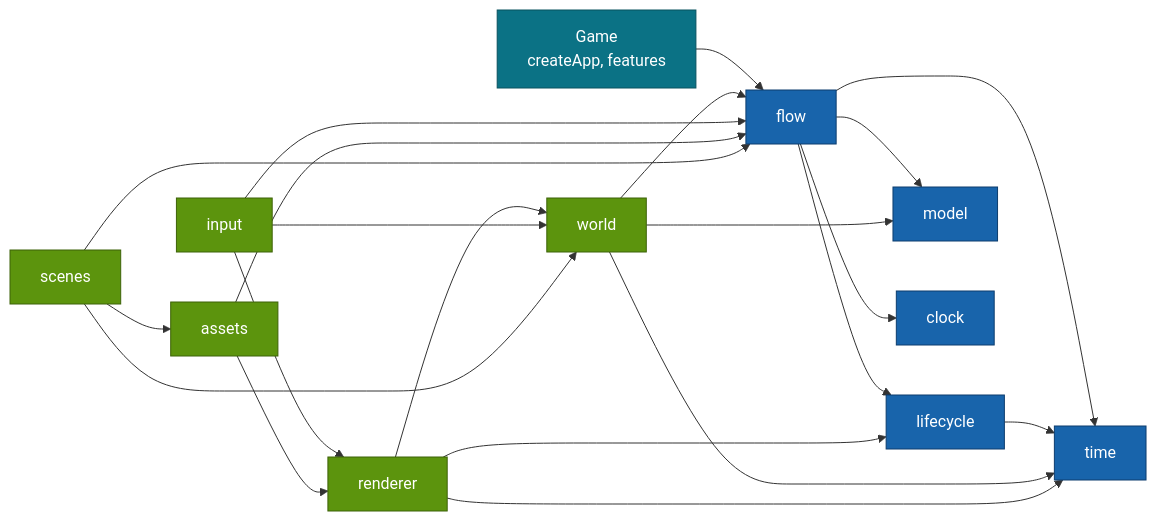
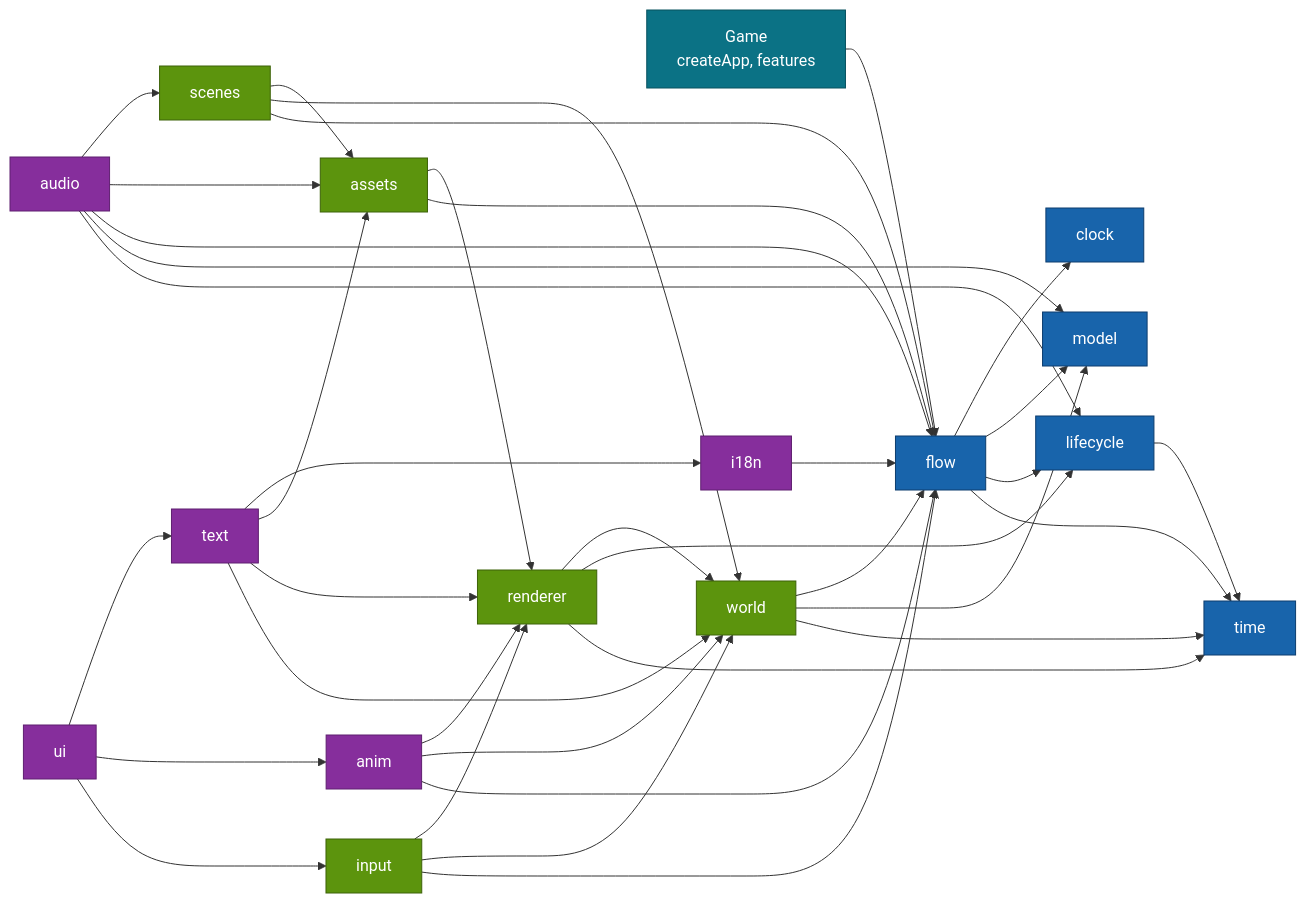
One commit to moku-labs/game changed the second of 2 diagrams in README.md. Above: the diagram before and after it, drawn with Mermaid. The commit also changed other lines of this file and 69 other files, not shown here.

````diff
--- a/README.md
+++ b/README.md
@@ -245,29 +250,47 @@
 ```mermaid
 flowchart LR
   G["Game<br/>createApp, features"] --> F["flow"]
   F --> T["time"]
   F --> L["lifecycle"]
   F --> M["model"]
   F --> C["clock"]
   L --> T
   W["world"] --> T
   W --> M
   W --> F
   R["renderer"] --> T
   R --> L
   R --> W
   I["input"] --> F
   I --> W
   I --> R
   A["assets"] --> F
   A --> R
   S["scenes"] --> F
   S --> W
   S --> A
+  AN["anim"] --> F
+  AN --> W
+  AN --> R
+  N["i18n"] --> F
+  X["text"] --> W
+  X --> R
+  X --> A
+  X --> N
+  U["ui"] --> I
+  U --> AN
+  U --> X
+  AU["audio"] --> L
+  AU --> M
+  AU --> F
+  AU --> A
+  AU --> S
   classDef u fill:#0b7285,stroke:#08525f,color:#fff;
   classDef m fill:#1864ab,stroke:#0d3d6e,color:#fff;
   classDef s fill:#5c940d,stroke:#3d6208,color:#fff;
+  classDef v fill:#862e9c,stroke:#5f1f70,color:#fff;
   class G u
   class F,T,L,M,C m
   class W,R,I,A,S s
+  class AN,N,X,U,AU v
 ```
````
